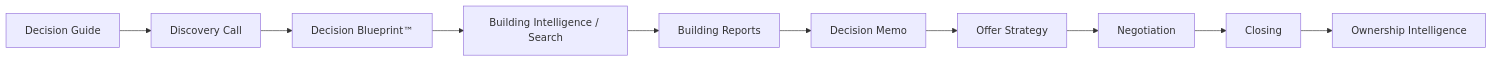
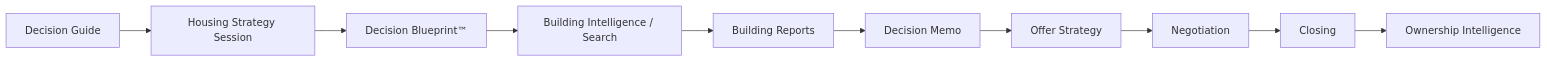
Before and after one commit to rrk3311-USA/AgentKammer: the second of 10 diagrams in docs/architecture/SYSTEM-DESIGN.md, drawn with Mermaid. The commit also changed other lines of this file and 32 other files, not shown here.

````diff
--- a/docs/architecture/SYSTEM-DESIGN.md
+++ b/docs/architecture/SYSTEM-DESIGN.md
@@ -202,12 +202,12 @@
 ```mermaid
 flowchart LR
-  DG[Decision Guide] --> DC[Discovery Call]
+  DG[Decision Guide] --> DC[Housing Strategy Session]
   DC --> BP[Decision Blueprint™]
   BP --> BI[Building Intelligence / Search]
   BI --> BR[Building Reports]
   BR --> DM[Decision Memo]
   DM --> OS[Offer Strategy]
   OS --> N[Negotiation]
   N --> CL[Closing]
   CL --> OI[Ownership Intelligence]
 ```
````
